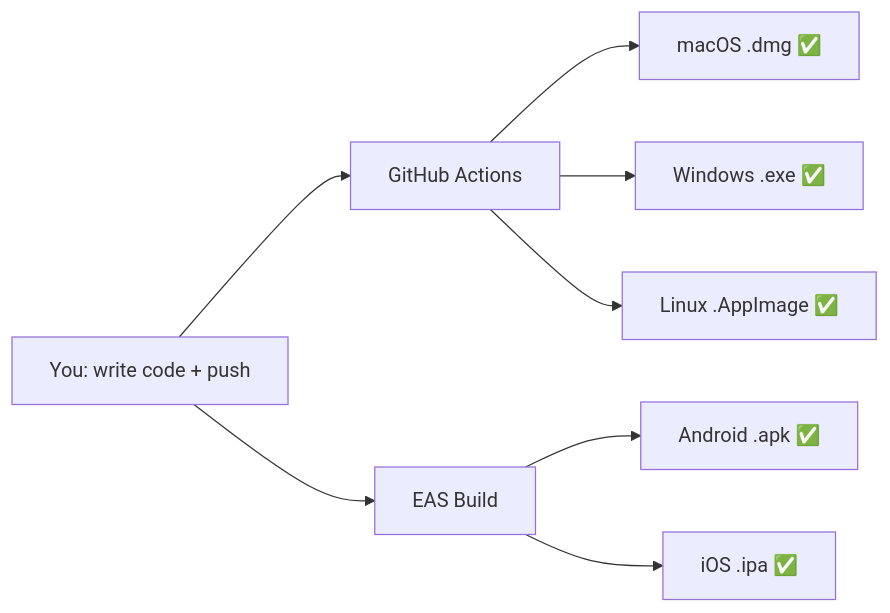
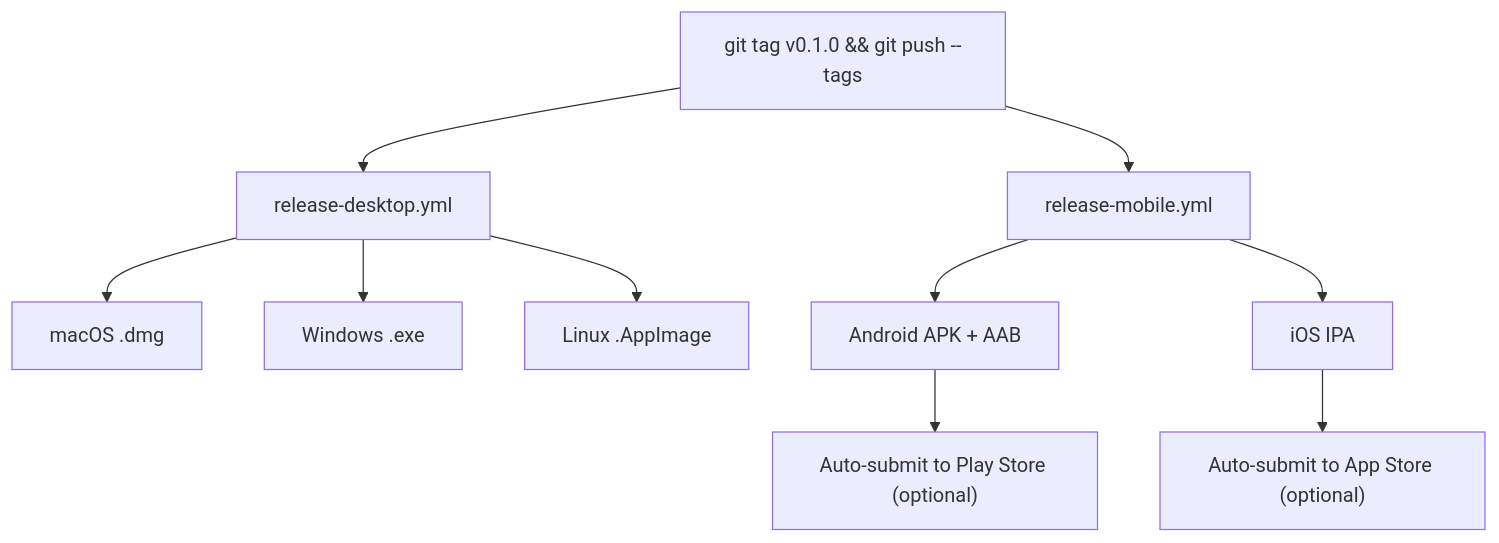
Before and after one commit to h3nryza/todo_app: the first of 3 diagrams in docs/CURRENT_BUILD_PROCESS.md, drawn with Mermaid. The commit also changed other lines of this file and 2 other files, not shown here.

First line of the commit message:
feat: add code signing guide, mobile CI pipeline, and signing env vars

````diff
--- a/docs/CURRENT_BUILD_PROCESS.md
+++ b/docs/CURRENT_BUILD_PROCESS.md
@@ -386,10 +151,12 @@
 ```mermaid
-graph LR
-    A[You: write code + push] --> B[GitHub Actions]
-    A --> C[EAS Build]
-    B --> D[macOS .dmg ✅]
-    B --> E[Windows .exe ✅]
-    B --> F[Linux .AppImage ✅]
-    C --> G[Android .apk ✅]
-    C --> H[iOS .ipa ✅]
+graph TD
+    A["git tag v0.1.0 && git push --tags"] --> B["release-desktop.yml"]
+    A --> C["release-mobile.yml"]
+    B --> D["macOS .dmg"]
+    B --> E["Windows .exe"]
+    B --> F["Linux .AppImage"]
+    C --> G["Android APK + AAB"]
+    C --> H["iOS IPA"]
+    G --> I["Auto-submit to Play Store (optional)"]
+    H --> J["Auto-submit to App Store (optional)"]
 ```
````
